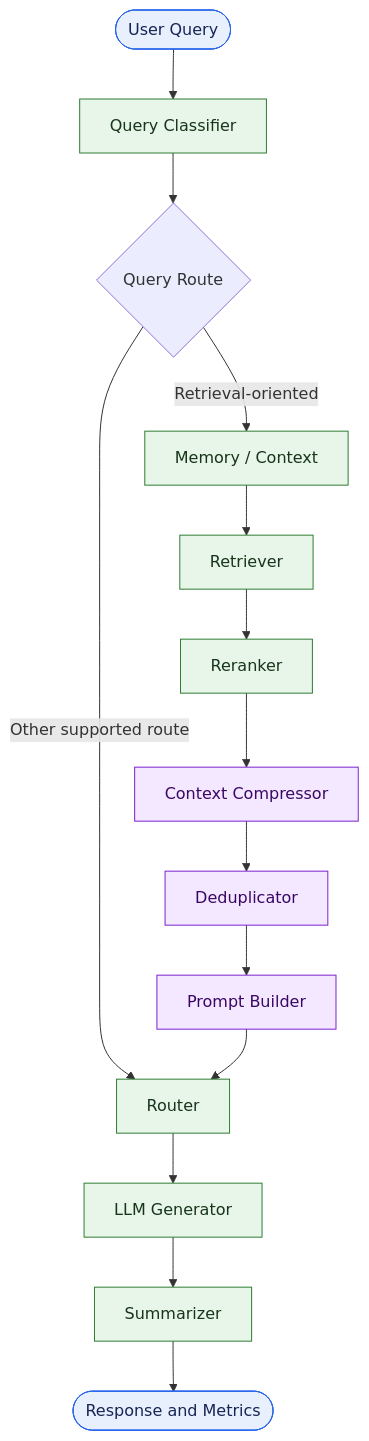
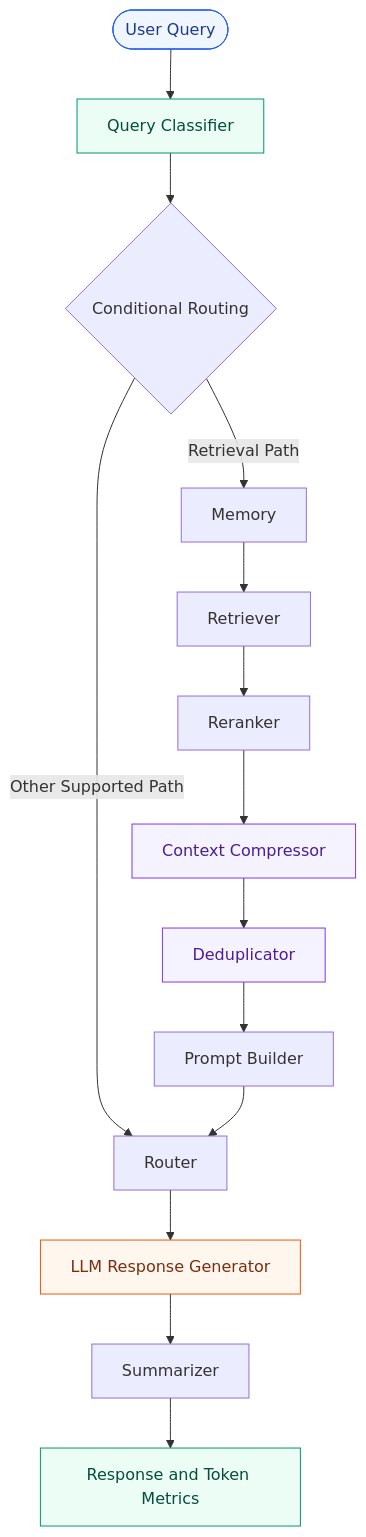
One commit to maahii-in/token-cost-cutting changed the diagram in README.md. Above: the diagram before and after it, drawn with Mermaid. The commit also changed other lines of this file, not shown here.

````diff
--- a/README.md
+++ b/README.md
@@ -110,29 +165,27 @@
 ```mermaid
 flowchart TD
     A([User Query]) --> B[Query Classifier]
 
-    B --> C{Query Route}
+    B --> C{Conditional Routing}
 
-    C -->|Retrieval-oriented| D[Memory / Context]
-    C -->|Other supported route| H[Router]
+    C -->|Retrieval Path| D[Memory]
+    C -->|Other Supported Path| H[Router]
 
     D --> E[Retriever]
     E --> F[Reranker]
     F --> G[Context Compressor]
     G --> I[Deduplicator]
     I --> J[Prompt Builder]
 
     J --> H
-    H --> K[LLM Generator]
+    H --> K[LLM Response Generator]
     K --> L[Summarizer]
-    L --> M([Response and Metrics])
+    L --> M[Response and Token Metrics]
 
-    classDef start fill:#E8F0FE,stroke:#2563EB,color:#172554
-    classDef process fill:#E8F5E9,stroke:#2E7D32,color:#17351B
-    classDef optimize fill:#F3E8FF,stroke:#7E22CE,color:#3B0764
-    classDef finish fill:#FFF4E5,stroke:#D97706,color:#78350F
-
-    class A,M start
-    class B,D,E,F,H,K,L process
-    class G,I,J optimize
+    style A fill:#EFF6FF,stroke:#2563EB,color:#1E3A8A
+    style B fill:#ECFDF5,stroke:#059669,color:#064E3B
+    style G fill:#F5F3FF,stroke:#7C3AED,color:#4C1D95
+    style I fill:#F5F3FF,stroke:#7C3AED,color:#4C1D95
+    style K fill:#FFF7ED,stroke:#EA580C,color:#7C2D12
+    style M fill:#ECFDF5,stroke:#059669,color:#064E3B
 ```
````
